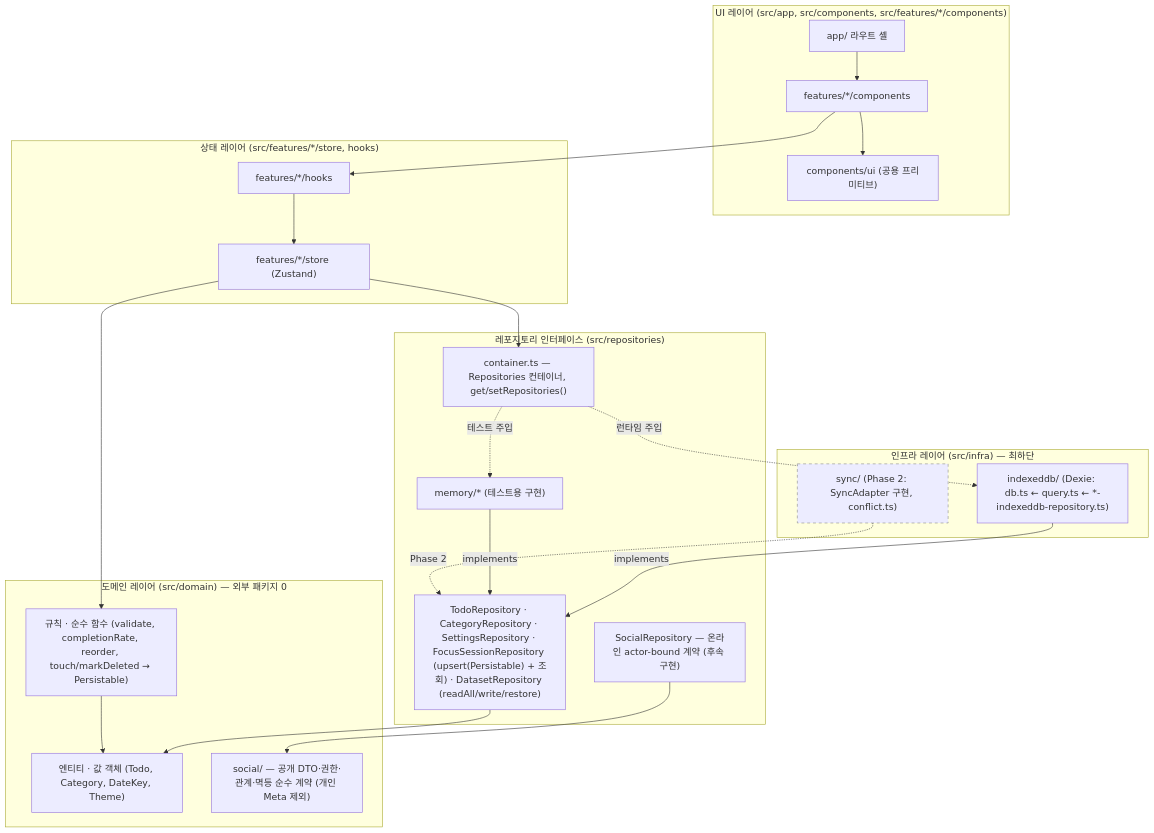
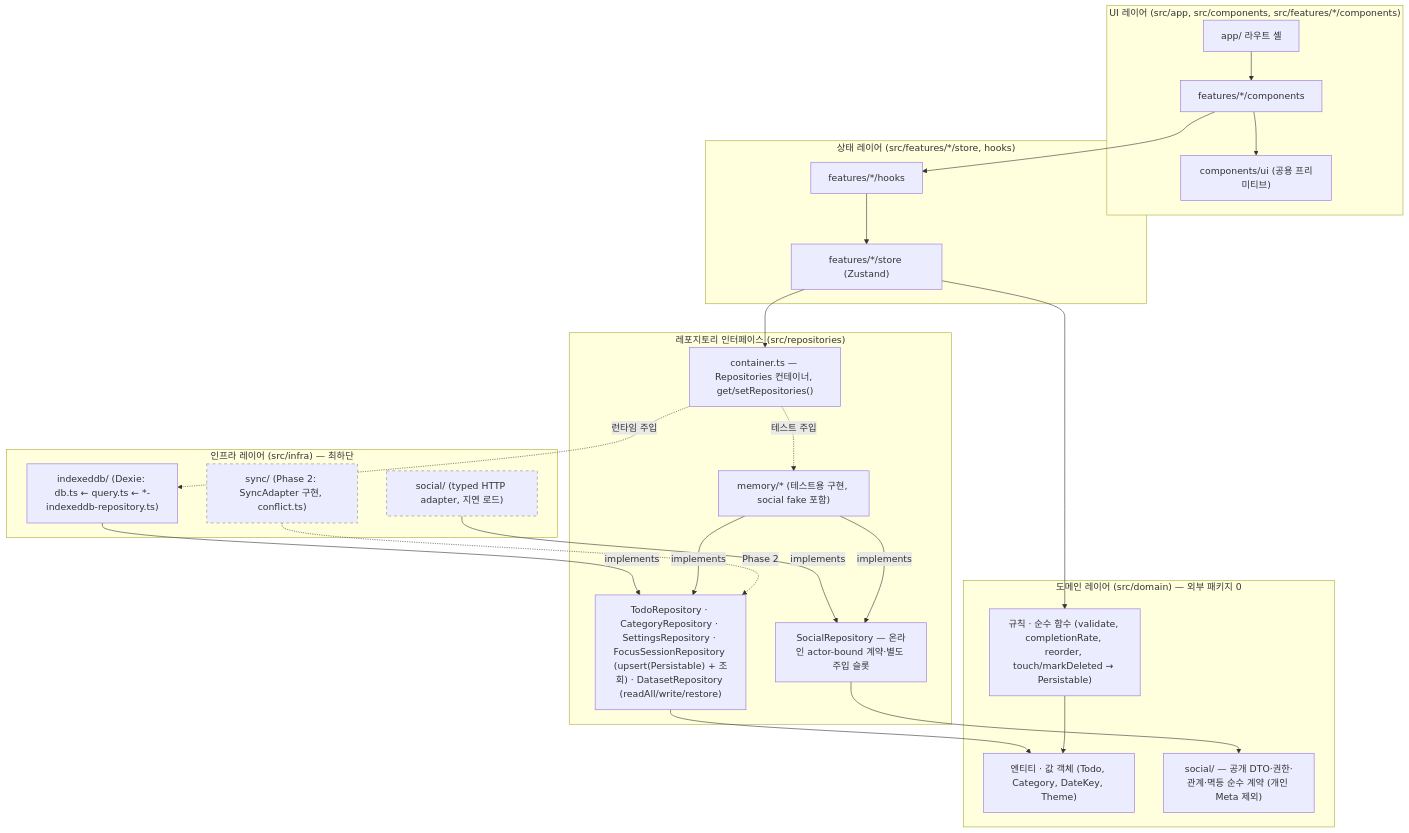
One commit to alfks/Tasky changed the diagram in docs/ARCHITECTURE.md. Above: the diagram before and after it, drawn with Mermaid. The commit also changed other lines of this file and 2 other files, not shown here.

First line of the commit message:
docs(social): 클라이언트 선행 구조와 후속 범위 기록

````diff
--- a/docs/ARCHITECTURE.md
+++ b/docs/ARCHITECTURE.md
@@ -10,37 +10,40 @@
 ```mermaid
 flowchart TB
   subgraph UI["UI 레이어  (src/app, src/components, src/features/*/components)"]
     APP["app/ 라우트 셸"] --> FC["features/*/components"]
     FC --> CU["components/ui (공용 프리미티브)"]
   end
   subgraph STATE["상태 레이어  (src/features/*/store, hooks)"]
     HK["features/*/hooks"] --> ST["features/*/store (Zustand)"]
   end
   subgraph DOMAIN["도메인 레이어  (src/domain)  — 외부 패키지 0"]
     EN["엔티티 · 값 객체 (Todo, Category, DateKey, Theme)"]
     RU["규칙 · 순수 함수 (validate, completionRate, reorder, touch/markDeleted → Persistable)"]
     SO["social/ — 공개 DTO·권한·관계·멱등 순수 계약 (개인 Meta 제외)"]
   end
   subgraph PORT["레포지토리 인터페이스  (src/repositories)"]
     RI["TodoRepository · CategoryRepository · SettingsRepository · FocusSessionRepository (upsert(Persistable) + 조회) · DatasetRepository (readAll/write/restore)"]
-    SR["SocialRepository — 온라인 actor-bound 계약 (후속 구현)"]
-    RM["memory/* (테스트용 구현)"]
+    SR["SocialRepository — 온라인 actor-bound 계약·별도 주입 슬롯"]
+    RM["memory/* (테스트용 구현, social fake 포함)"]
     RC["container.ts — Repositories 컨테이너, get/setRepositories()"]
   end
   subgraph INFRA["인프라 레이어  (src/infra)  — 최하단"]
     IDB["indexeddb/ (Dexie: db.ts ← query.ts ← *-indexeddb-repository.ts)"]
     SYNC["sync/ (Phase 2: SyncAdapter 구현, conflict.ts)"]:::ext
+    SOCIAL["social/ (typed HTTP adapter, 지연 로드)"]:::ext
   end
   FC --> HK
   ST --> RU
   ST --> RC
   RC -. 런타임 주입 .-> IDB
   RC -. 테스트 주입 .-> RM
   IDB -- implements --> RI
   RM -- implements --> RI
+  SOCIAL -- implements --> SR
+  RM -- implements --> SR
   RI --> EN
   SR --> SO
   RU --> EN
   SYNC -. Phase 2 .-> RI
   classDef ext stroke-dasharray: 5 5,stroke:#888;
 ```
````
